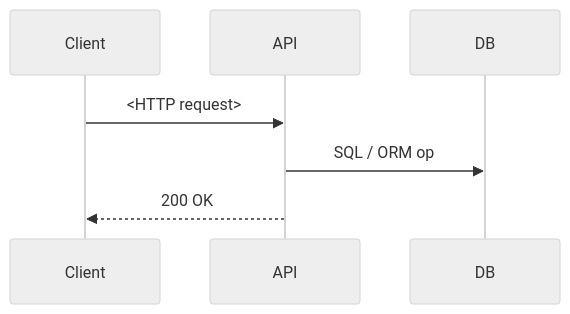
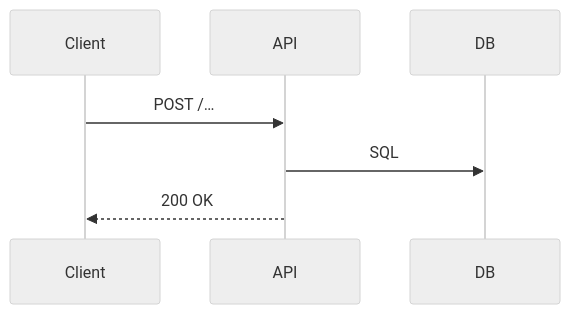
Before and after one commit to the-goat-jp/10xdev-BE-Kit: the third of 3 diagrams in template.md, drawn with Mermaid (neutral theme). The commit also changed other lines of this file and 1 other file, not shown here.

````diff
--- a/template.md
+++ b/template.md
@@ -63,9 +94,9 @@
 ```mermaid
 sequenceDiagram
   participant Client
   participant API
   participant DB
-  Client ->> API : <HTTP request>
-  API    ->> DB  : SQL / ORM op
+  Client ->> API : POST /…
+  API    ->> DB  : SQL
   API   -->> Client : 200 OK
 ```
````
